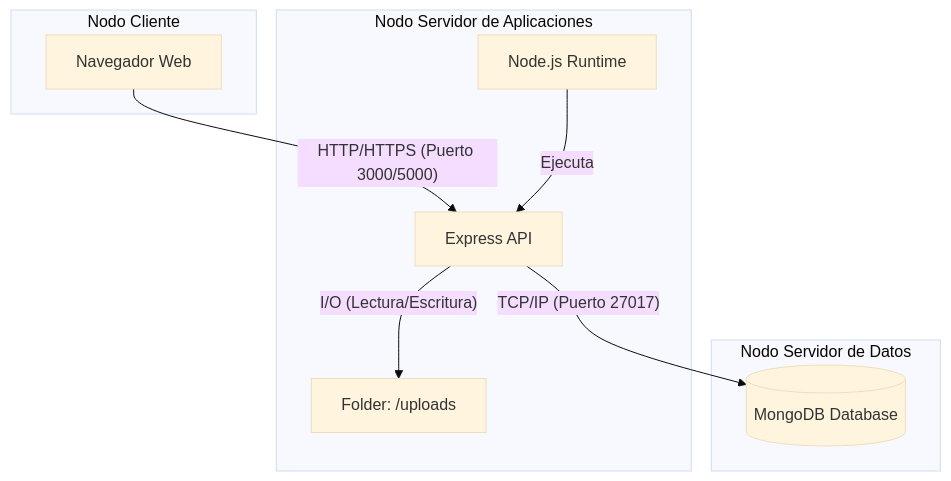
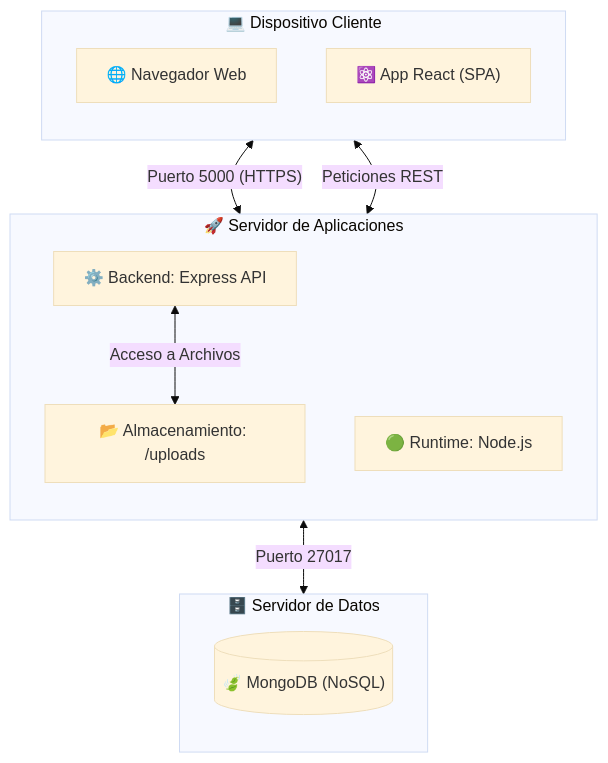
The sixth of 6 diagrams in docs/DIAGRAMAS_DEL_SISTEMA.md (GRAN-J/Sistema-de-Gestion-de-Portafolios-Academicos-SGP-), drawn with Mermaid (base theme) before and after one commit. The commit also changed other lines of this file and 2 other files, not shown here.

Commit message:
Traducción de comentarios a español y ajustes de diagramas

````diff
--- a/docs/DIAGRAMAS_DEL_SISTEMA.md
+++ b/docs/DIAGRAMAS_DEL_SISTEMA.md
@@ -233,21 +216,28 @@
 ```mermaid
 graph TD
-    subgraph "Nodo Cliente"
-        Browser[Navegador Web]
+    %% Definición de Nodos
+    subgraph Cliente ["💻 Dispositivo Cliente"]
+        direction TB
+        Browser["🌐 Navegador Web"]
+        ReactApp["⚛️ App React (SPA)"]
     end
 
-    subgraph "Nodo Servidor de Aplicaciones"
-        NodeJS[Node.js Runtime]
-        API[Express API]
-        Uploads[Folder: /uploads]
+    subgraph AppServer ["🚀 Servidor de Aplicaciones"]
+        direction TB
+        API["⚙️ Backend: Express API"]
+        NodeJS["🟢 Runtime: Node.js"]
+        Uploads["📂 Almacenamiento: /uploads"]
     end
 
-    subgraph "Nodo Servidor de Datos"
-        DB[(MongoDB Database)]
+    subgraph DBServer ["🗄️ Servidor de Datos"]
+        direction TB
+        DB[("🍃 MongoDB (NoSQL)")]
     end
 
-    Browser -- "HTTP/HTTPS (Puerto 3000/5000)" --> API
-    NodeJS -- "Ejecuta" --> API
-    API -- "TCP/IP (Puerto 27017)" --> DB
-    API -- "I/O (Lectura/Escritura)" --> Uploads
+    %% Conexiones
+    Browser <-->|"Puerto 5000 (HTTPS)"| API
+    ReactApp <-->|"Peticiones REST"| API
+    
+    API <-->|"Puerto 27017"| DB
+    API <-->|"Acceso a Archivos"| Uploads
 ```
````
